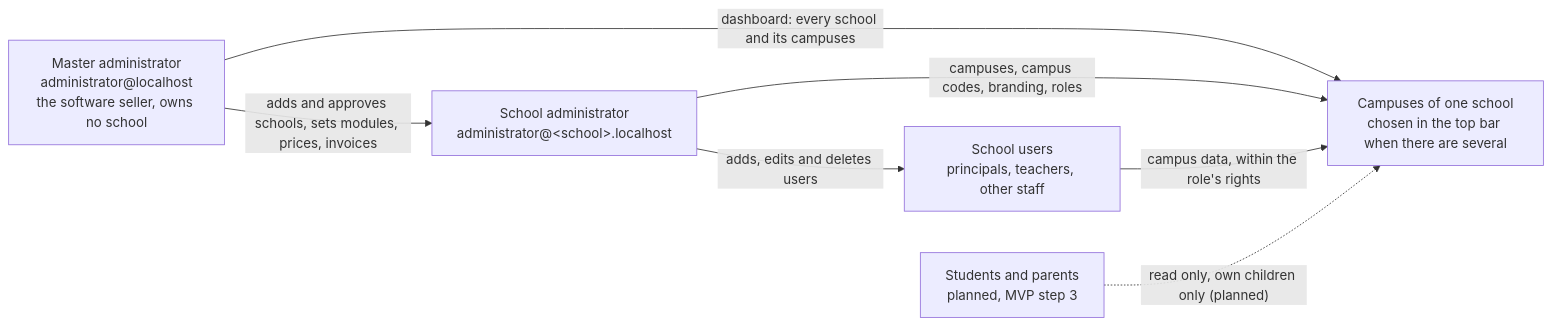
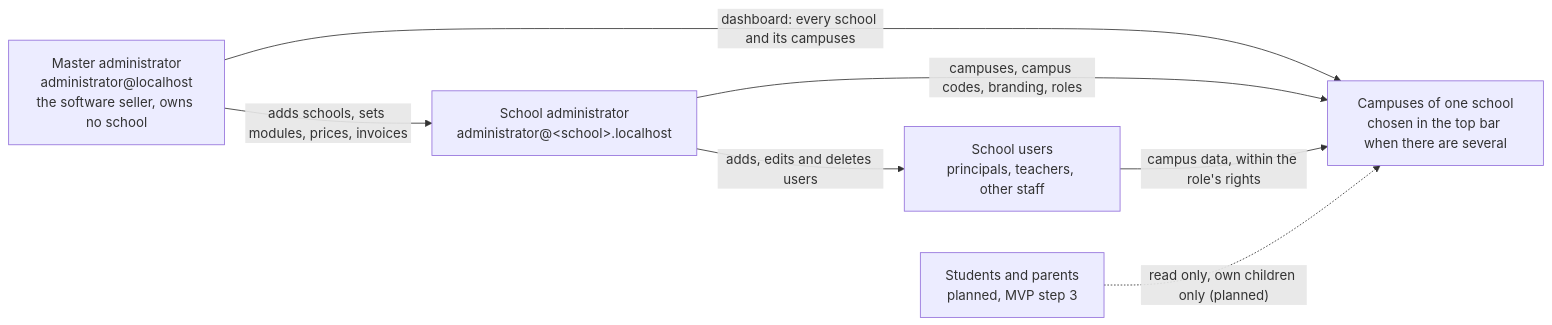
Before and after one commit to ahmedshahjr/Education-Portal: the seventh of 22 diagrams in README.md, drawn with Mermaid. The commit also changed other lines of this file and 41 other files, not shown here.

````diff
--- a/README.md
+++ b/README.md
@@ -464,15 +464,15 @@
 ```mermaid
 flowchart LR
     master["Master administrator<br/>administrator@localhost<br/>the software seller, owns no school"]
     sadmin["School administrator<br/>administrator@&lt;school&gt;.localhost"]
     staff["School users<br/>principals, teachers, other staff"]
     campus["Campuses of one school<br/>chosen in the top bar when there are several"]
     family["Students and parents<br/>planned, MVP step 3"]
 
-    master -->|"adds and approves schools, sets modules, prices, invoices"| sadmin
+    master -->|"adds schools, sets modules, prices, invoices"| sadmin
     master -->|"dashboard: every school and its campuses"| campus
     sadmin -->|"campuses, campus codes, branding, roles"| campus
     sadmin -->|"adds, edits and deletes users"| staff
     staff -->|"campus data, within the role's rights"| campus
     family -.->|"read only, own children only (planned)"| campus
 ```
````
